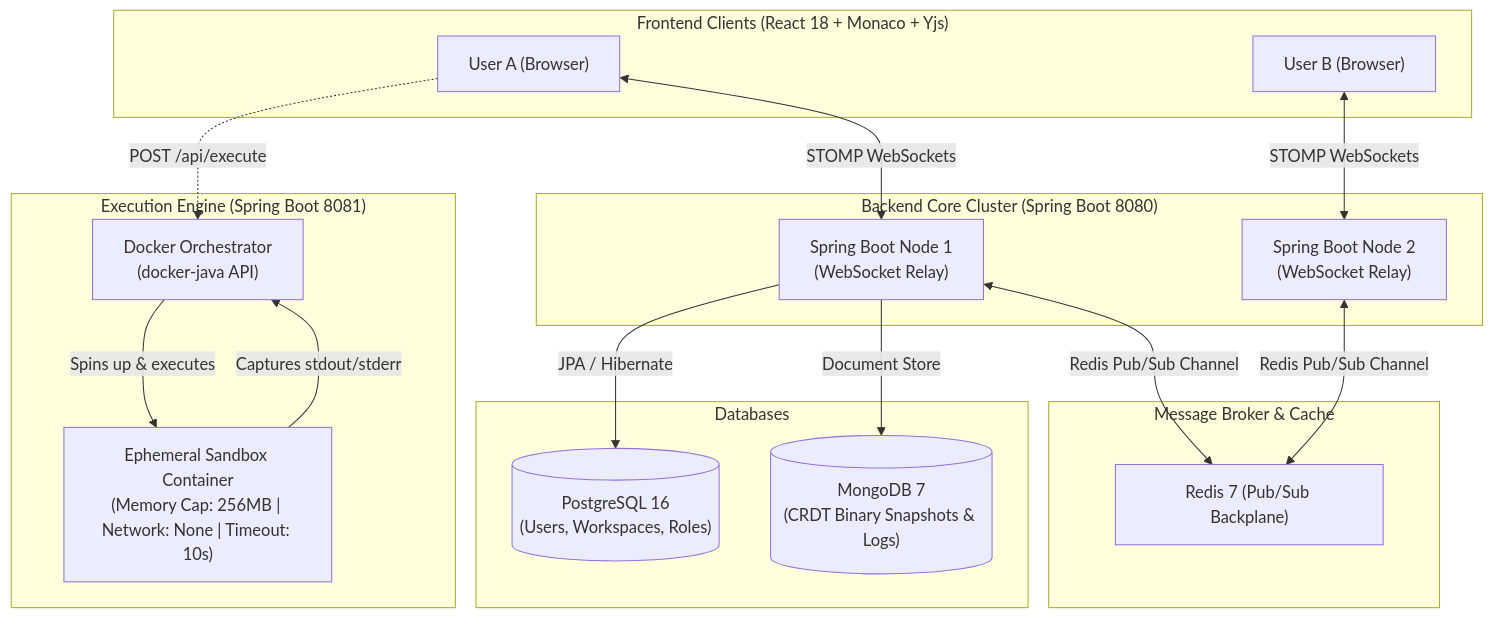
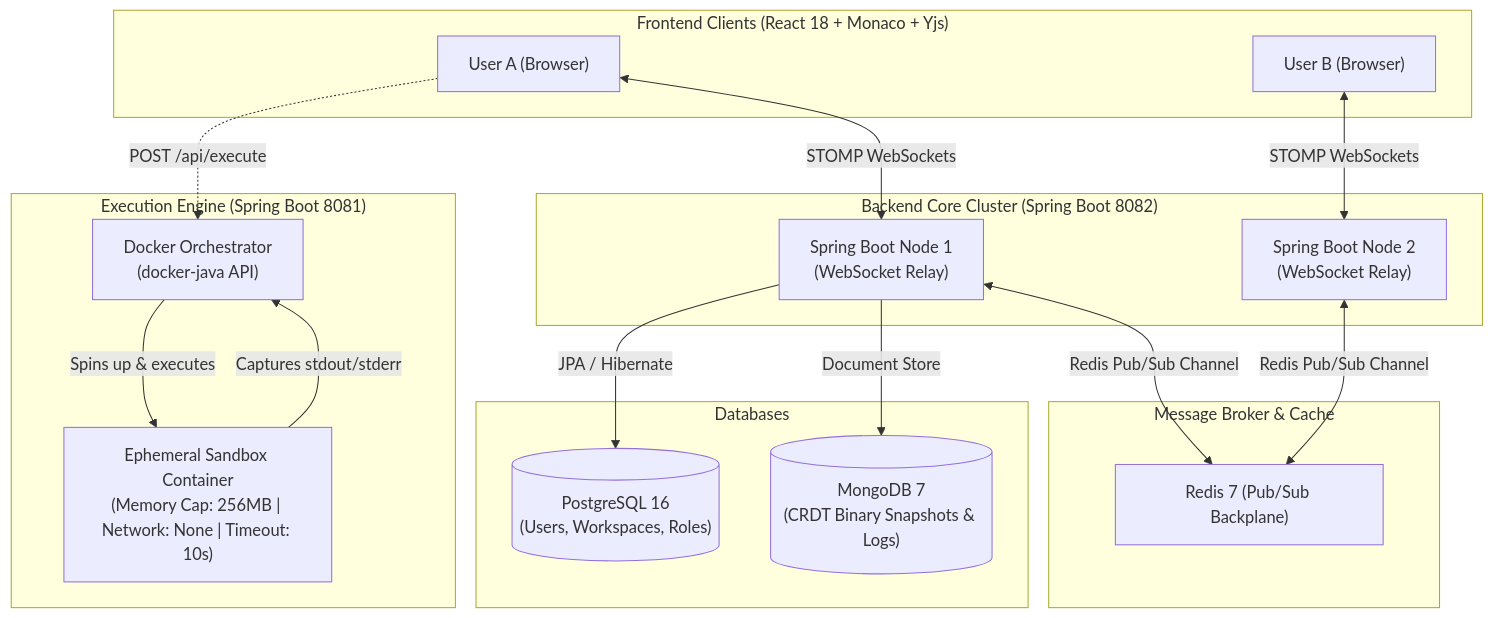
Before and after one commit to akarshitgupta78/CodeSync: the diagram in README.md, drawn with Mermaid. The commit also changed other lines of this file, not shown here.

````diff
--- a/README.md
+++ b/README.md
@@ -44,39 +45,39 @@
 ```mermaid
 flowchart TD
     subgraph Clients["Frontend Clients (React 18 + Monaco + Yjs)"]
         UserA["User A (Browser)"]
         UserB["User B (Browser)"]
     end
 
-    subgraph Core["Backend Core Cluster (Spring Boot 8080)"]
+    subgraph Core["Backend Core Cluster (Spring Boot 8082)"]
         Node1["Spring Boot Node 1<br>(WebSocket Relay)"]
         Node2["Spring Boot Node 2<br>(WebSocket Relay)"]
     end
 
     subgraph Broker["Message Broker & Cache"]
         Redis["Redis 7 (Pub/Sub Backplane)"]
     end
 
     subgraph Storage["Databases"]
         Postgres[("PostgreSQL 16<br>(Users, Workspaces, Roles)")]
         Mongo[("MongoDB 7<br>(CRDT Binary Snapshots & Logs)")]
     end
 
     subgraph Sandbox["Execution Engine (Spring Boot 8081)"]
         Worker["Docker Orchestrator<br>(docker-java API)"]
         Container["Ephemeral Sandbox Container<br>(Memory Cap: 256MB | Network: None | Timeout: 10s)"]
     end
 
     UserA <-->|STOMP WebSockets| Node1
     UserB <-->|STOMP WebSockets| Node2
 
     Node1 <-->|Redis Pub/Sub Channel| Redis
     Node2 <-->|Redis Pub/Sub Channel| Redis
 
     Node1 -->|JPA / Hibernate| Postgres
     Node1 -->|Document Store| Mongo
 
     UserA -.->|POST /api/execute| Worker
     Worker -->|Spins up & executes| Container
     Container -->|Captures stdout/stderr| Worker
 ```
````
